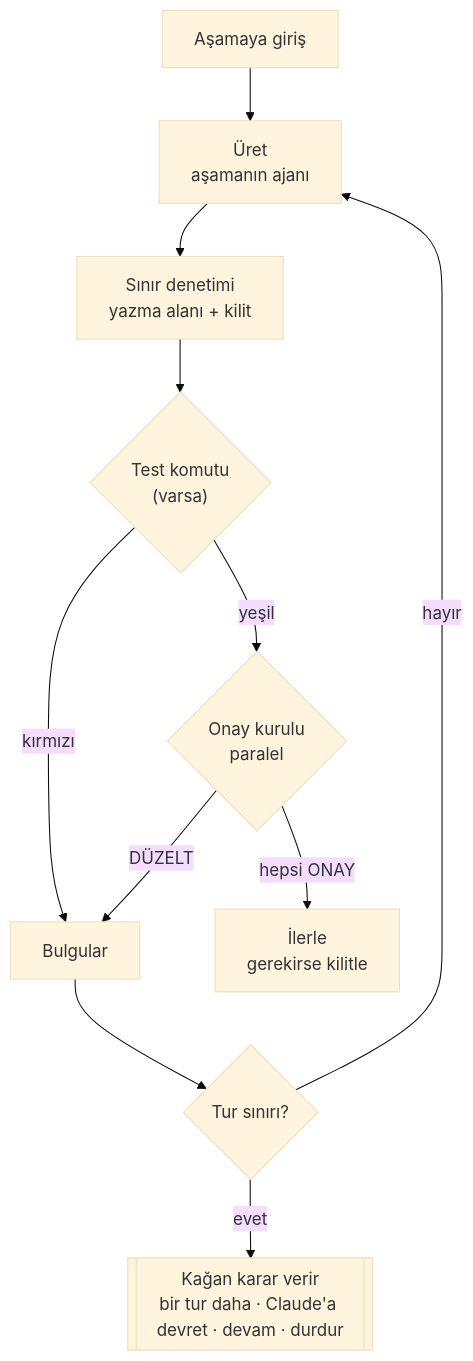
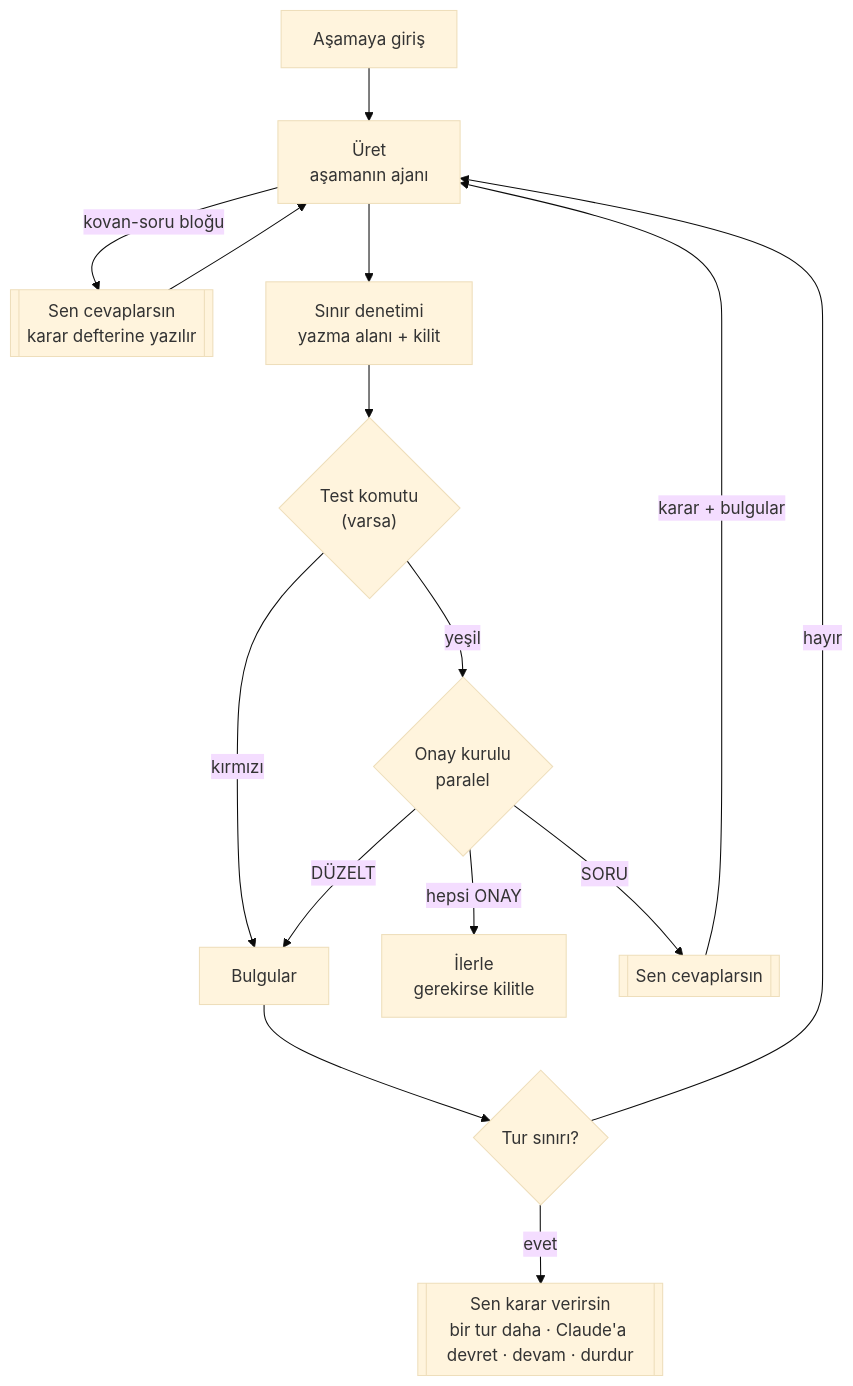
Before and after one commit to kagantantan/kovan: the second of 6 diagrams in README.md, drawn with Mermaid (base theme). The commit also changed other lines of this file and 74 other files, not shown here.

````diff
--- a/README.md
+++ b/README.md
@@ -89,13 +94,17 @@
 ```mermaid
 flowchart TD
     G["Aşamaya giriş"] --> U["Üret<br/>aşamanın ajanı"]
+    U -->|"kovan-soru bloğu"| SQ[["Sen cevaplarsın<br/>karar defterine yazılır"]]
+    SQ --> U
     U --> SN["Sınır denetimi<br/>yazma alanı + kilit"]
     SN --> TK{"Test komutu<br/>(varsa)"}
     TK -->|kırmızı| B["Bulgular"]
     TK -->|yeşil| KU{"Onay kurulu<br/>paralel"}
     KU -->|hepsi ONAY| IL["İlerle<br/>gerekirse kilitle"]
     KU -->|DÜZELT| B
+    KU -->|SORU| SK[["Sen cevaplarsın"]]
+    SK -->|"karar + bulgular"| U
     B --> TS{"Tur sınırı?"}
     TS -->|hayır| U
-    TS -->|evet| H[["Kağan karar verir<br/>bir tur daha · Claude'a devret · devam · durdur"]]
+    TS -->|evet| H[["Sen karar verirsin<br/>bir tur daha · Claude'a devret · devam · durdur"]]
 ```
````
